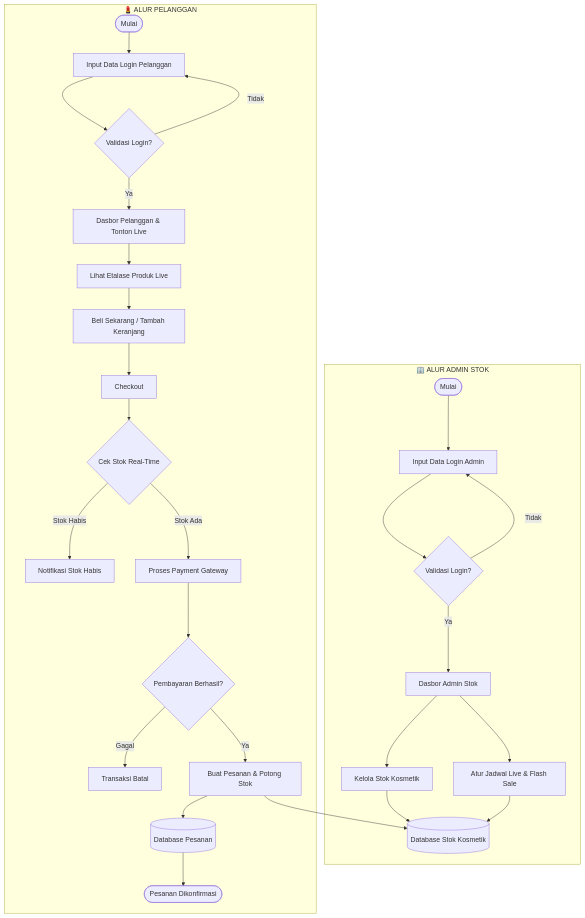
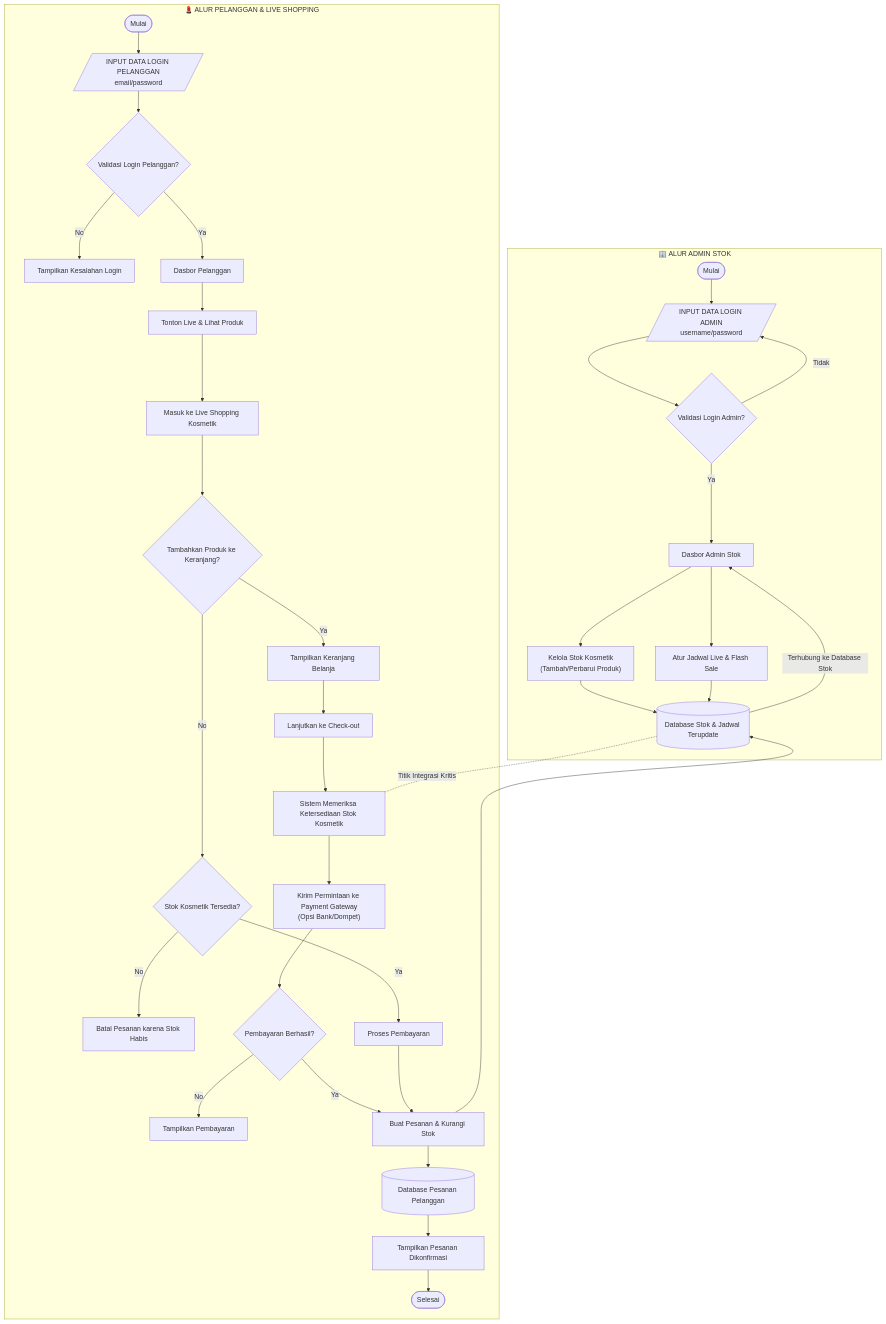
The diagram in docs/ARSITEKTUR.md (Ekaandri28/KELOMPOK-6-LAB), drawn with Mermaid before and after one commit. The commit also changed other lines of this file, not shown here.

````diff
--- a/docs/ARSITEKTUR.md
+++ b/docs/ARSITEKTUR.md
@@ -7,32 +5,56 @@
 ```mermaid
 graph TD
-    subgraph Admin_Stok ["🏢 ALUR ADMIN STOK"]
-        A1([Mulai]) --> A2[Input Data Login Admin]
-        A2 --> A3{Validasi Login?}
+    %% ==================== ALUR ADMIN STOK ====================
+    subgraph Alur_Admin ["🏢 ALUR ADMIN STOK"]
+        A1([Mulai]) --> A2[/INPUT DATA LOGIN ADMIN<br/>username/password/]
+        A2 --> A3{Validasi Login Admin?}
         A3 -->|Tidak| A2
         A3 -->|Ya| A4[Dasbor Admin Stok]
-        A4 --> A5[Kelola Stok Kosmetik]
-        A4 --> A6[Atur Jadwal Live & Flash Sale]
-        A5 --> DB_Stock[(Database Stok Kosmetik)]
-        A6 --> DB_Stock
+        
+        A4 --> A5["Kelola Stok Kosmetik<br/>(Tambah/Perbarui Produk)"]
+        A4 --> A6["Atur Jadwal Live & Flash Sale"]
+        
+        A5 --> DB_Stok[(Database Stok & Jadwal Terupdate)]
+        A6 --> DB_Stok
+        DB_Stok -->|Terhubung ke Database Stok| A4
     end
 
-    subgraph Pelanggan ["💄 ALUR PELANGGAN"]
-        U1([Mulai]) --> U2[Input Data Login Pelanggan]
-        U2 --> U3{Validasi Login?}
-        U3 -->|Tidak| U2
-        U3 -->|Ya| U4[Dasbor Pelanggan & Tonton Live]
-        U4 --> U5[Lihat Etalase Produk Live]
-        U5 --> U6[Beli Sekarang / Tambah Keranjang]
-        U6 --> U7[Checkout]
-        U7 --> C1{Cek Stok Real-Time}
-        C1 -->|Stok Habis| E1[Notifikasi Stok Habis]
-        C1 -->|Stok Ada| P1[Proses Payment Gateway]
-        P1 --> P2{Pembayaran Berhasil?}
-        P2 -->|Gagal| E2[Transaksi Batal]
-        P2 -->|Ya| O1[Buat Pesanan & Potong Stok]
-        O1 --> DB_Stock
-        O1 --> DB_Order[(Database Pesanan)]
-        DB_Order --> S1([Pesanan Dikonfirmasi])
+    %% ==================== ALUR PELANGGAN ====================
+    subgraph Alur_Pelanggan ["💄 ALUR PELANGGAN & LIVE SHOPPING"]
+        U1([Mulai]) --> U2[/INPUT DATA LOGIN PELANGGAN<br/>email/password/]
+        U2 --> U3{Validasi Login Pelanggan?}
+        
+        U3 -->|No| E_Login[Tampilkan Kesalahan Login]
+        U3 -->|Ya| U4[Dasbor Pelanggan]
+        
+        U4 --> U5[Tonton Live & Lihat Produk]
+        U5 --> U6[Masuk ke Live Shopping Kosmetik]
+        
+        U6 --> Q1{Tambahkan Produk ke Keranjang?}
+        
+        Q1 -->|Ya| Cart[Tampilkan Keranjang Belanja]
+        Cart --> Checkout[Lanjutkan ke Check-out]
+        
+        Q1 -->|No| Q2{Stok Kosmetik Tersedia?}
+        Q2 -->|No| E_Stock[Batal Pesanan karena Stok Habis]
+        Q2 -->|Ya| PayProcess[Proses Pembayaran]
+        
+        Checkout --> SysCheck[Sistem Memeriksa Ketersediaan Stok Kosmetik]
+        
+        SysCheck --> Payment["Kirim Permintaan ke Payment Gateway<br/>(Opsi Bank/Dompet)"]
+        Payment --> Q3{Pembayaran Berhasil?}
+        
+        Q3 -->|No| E_Pay[Tampilkan Pembayaran]
+        Q3 -->|Ya| Order1[Buat Pesanan & Kurangi Stok]
+        PayProcess --> Order1
+        
+        Order1 --> DB_Stok
+        Order1 --> DB_Order[(Database Pesanan Pelanggan)]
+        
+        DB_Order --> Confirmed[Tampilkan Pesanan Dikonfirmasi]
+        Confirmed --> End([Selesai])
     end
+
+    %% Integrasi Sistem
+    DB_Stok -.-|Titik Integrasi Kritis| SysCheck
 ```
````
